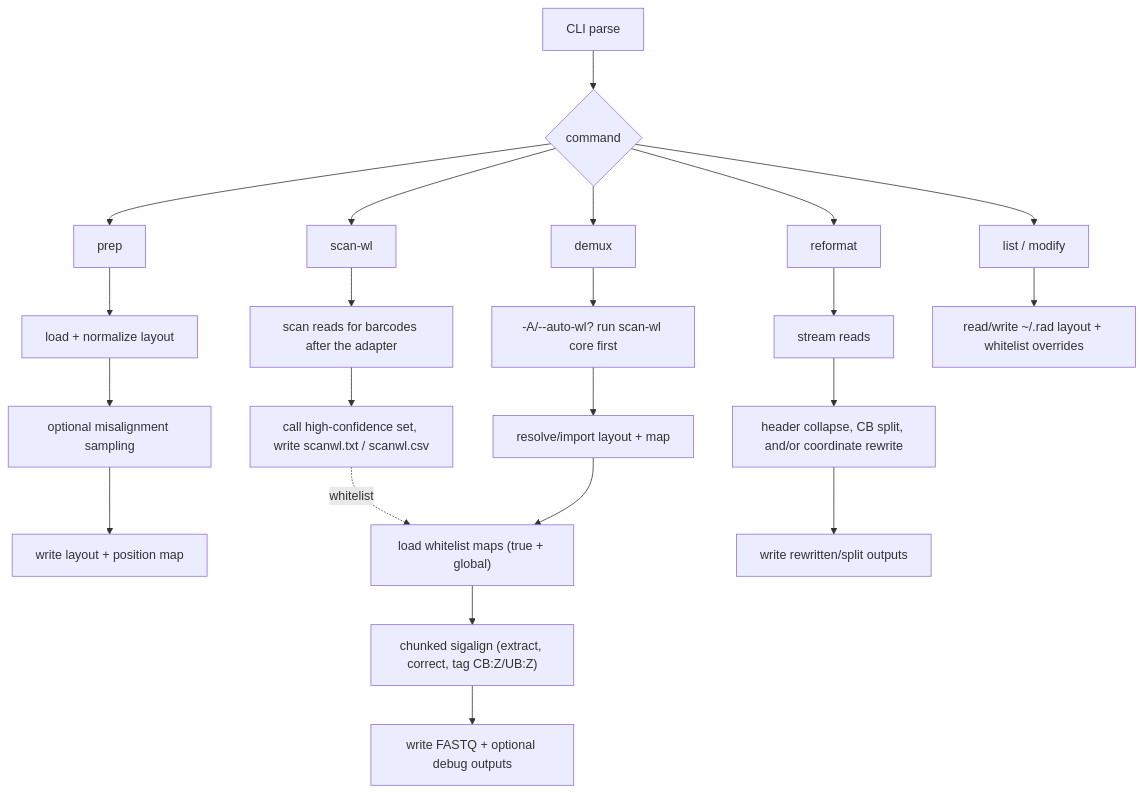
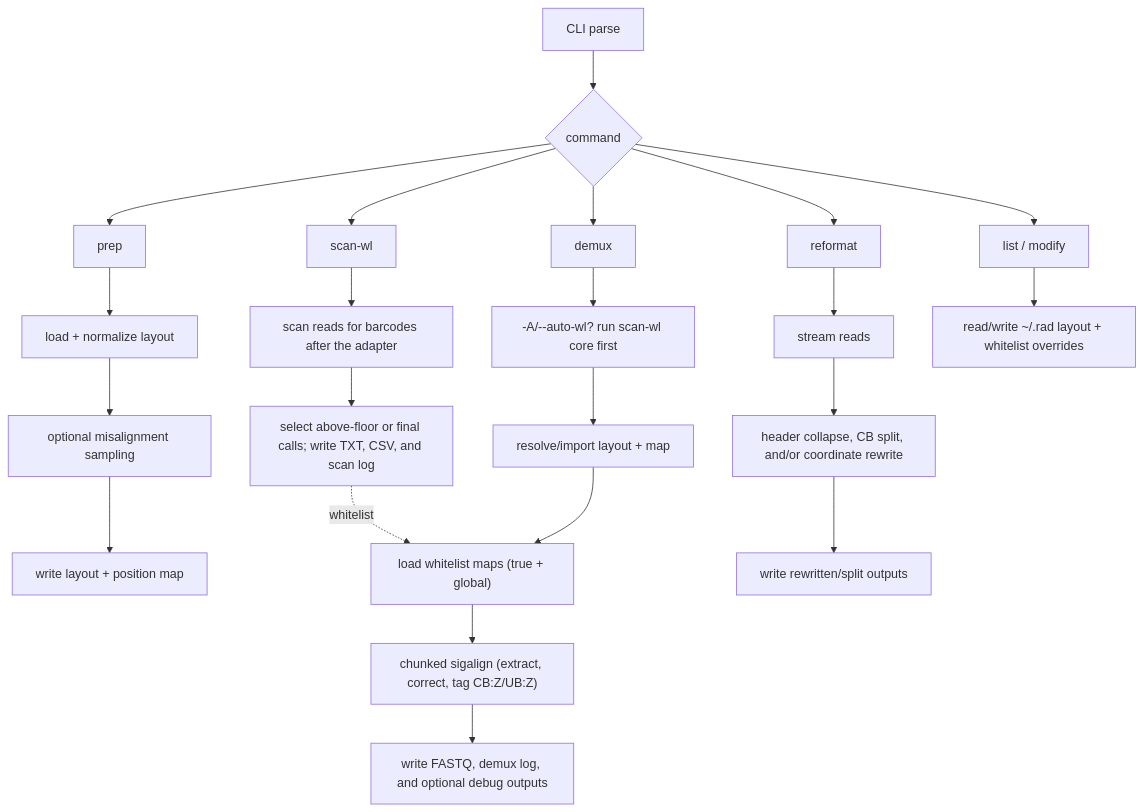
The first of 2 diagrams in docs/architecture.md (indianewok/rad), drawn with Mermaid before and after one commit. The commit also changed 7 other files, not shown here.

````diff
--- a/docs/architecture.md
+++ b/docs/architecture.md
@@ -24,29 +24,29 @@
 ```mermaid
 flowchart TD
     A["CLI parse"] --> B{"command"}
     B --> C["prep"]
     B --> S["scan-wl"]
     B --> D["demux"]
     B --> E["reformat"]
     B --> M["list / modify"]
 
     C --> C1["load + normalize layout"]
     C1 --> C2["optional misalignment sampling"]
     C2 --> C3["write layout + position map"]
 
     S --> S1["scan reads for barcodes after the adapter"]
-    S1 --> S2["call high-confidence set, write scanwl.txt / scanwl.csv"]
+    S1 --> S2["select above-floor or final calls; write TXT, CSV, and scan log"]
     S2 -. "whitelist" .-> D2
 
     D --> D0["-A/--auto-wl? run scan-wl core first"]
     D0 --> D1["resolve/import layout + map"]
     D1 --> D2["load whitelist maps (true + global)"]
     D2 --> D3["chunked sigalign (extract, correct, tag CB:Z/UB:Z)"]
-    D3 --> D4["write FASTQ + optional debug outputs"]
+    D3 --> D4["write FASTQ, demux log, and optional debug outputs"]
 
     E --> E1["stream reads"]
     E1 --> E2["header collapse, CB split, and/or coordinate rewrite"]
     E2 --> E3["write rewritten/split outputs"]
 
     M --> M1["read/write ~/.rad layout + whitelist overrides"]
 ```
````
